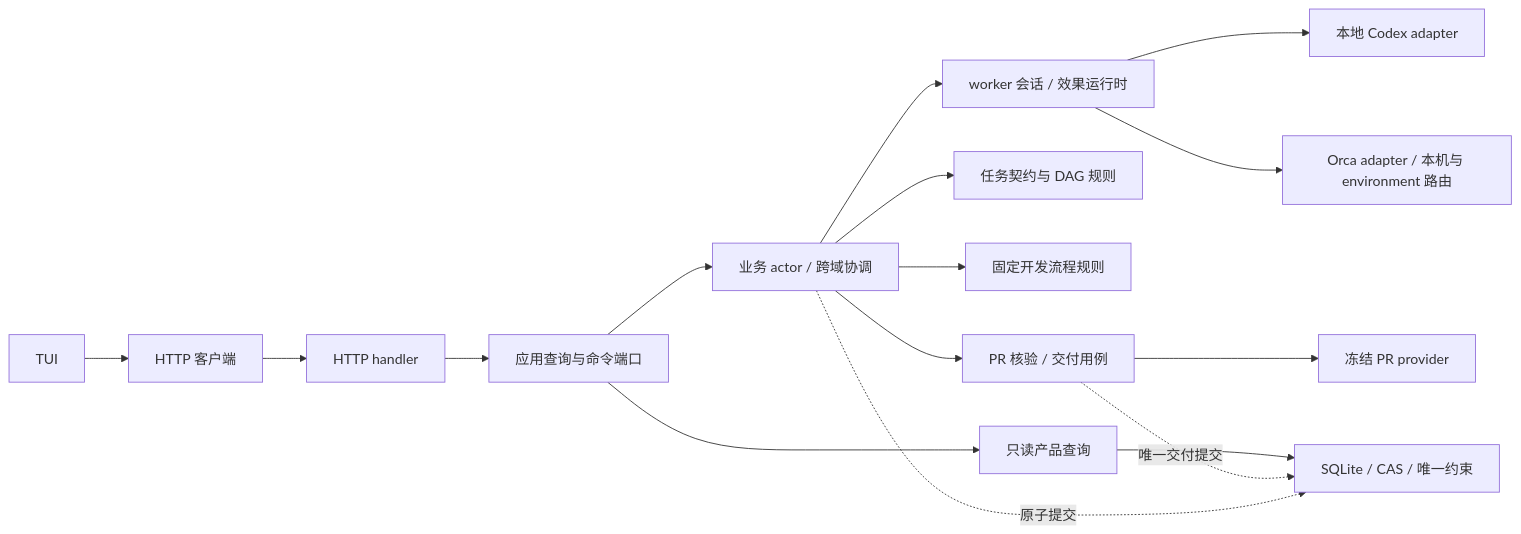
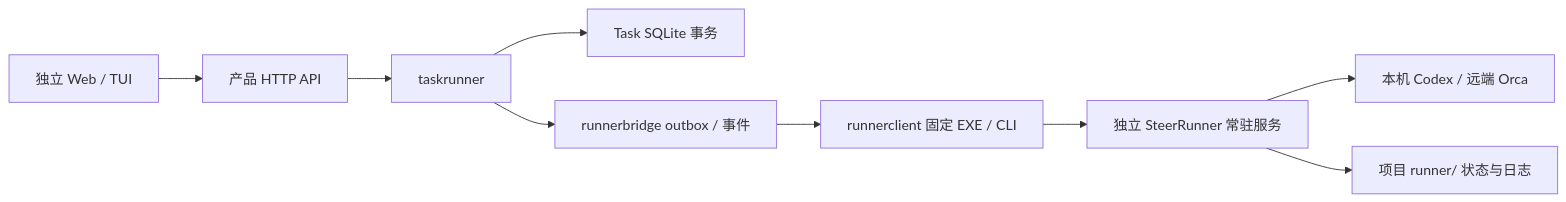
The diagram in docs/architecture/current-code-architecture.md (erranliu/SteerLine), drawn with Mermaid before and after one commit. The commit also changed other lines of this file and 24 other files, not shown here.

````diff
--- a/docs/architecture/current-code-architecture.md
+++ b/docs/architecture/current-code-architecture.md
@@ -182,18 +5,11 @@
 ```mermaid
 flowchart LR
-    TUI[TUI] --> HC[HTTP 客户端]
-    HC --> HTTP[HTTP handler]
-    HTTP --> App[应用查询与命令端口]
-    App --> Query[只读产品查询]
-    App --> Actor[业务 actor / 跨域协调]
-    Actor --> Task[任务契约与 DAG 规则]
-    Actor --> Flow[固定开发流程规则]
-    Actor --> Worker[worker 会话 / 效果运行时]
-    Actor --> Delivery[PR 核验 / 交付用例]
-    Worker --> Codex[本地 Codex adapter]
-    Worker --> Orca[Orca adapter / 本机与 environment 路由]
-    Delivery --> PR[冻结 PR provider]
-    Actor -. 原子提交 .-> Store[SQLite / CAS / 唯一约束]
-    Delivery -. 唯一交付提交 .-> Store
-    Query --> Store
+    Web[独立 Web / TUI] --> API[产品 HTTP API]
+    API --> Task[taskrunner]
+    Task --> Store[Task SQLite 事务]
+    Task --> Bridge[runnerbridge outbox / 事件]
+    Bridge --> CLI[runnerclient 固定 EXE / CLI]
+    CLI --> Runner[独立 SteerRunner 常驻服务]
+    Runner --> Native[本机 Codex / 远端 Orca]
+    Runner --> State[项目 runner/ 状态与日志]
 ```
````
